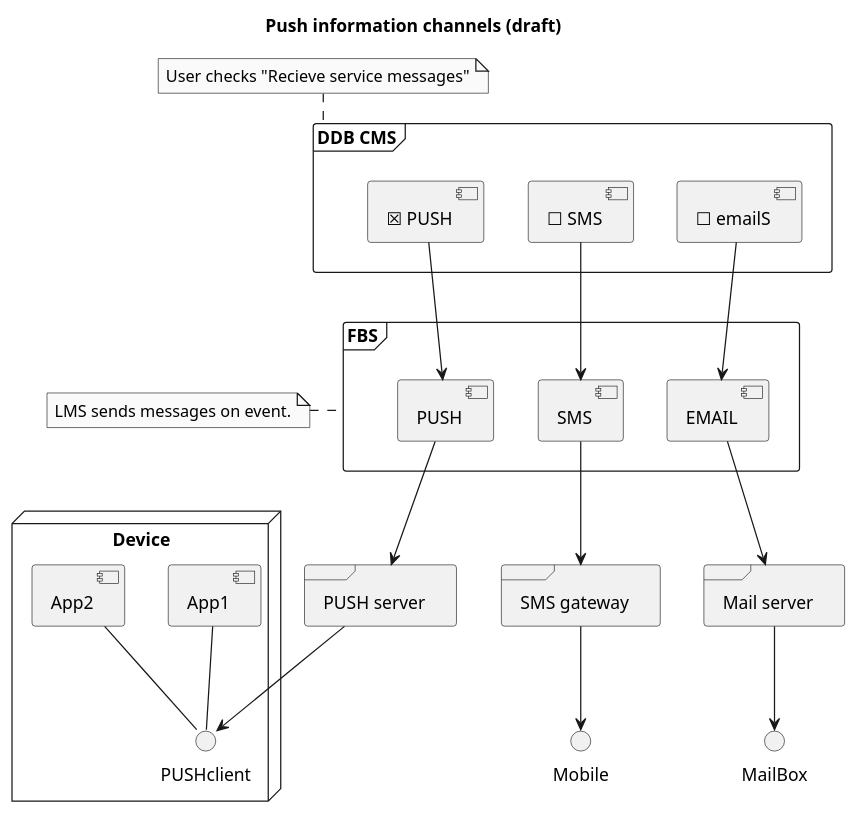
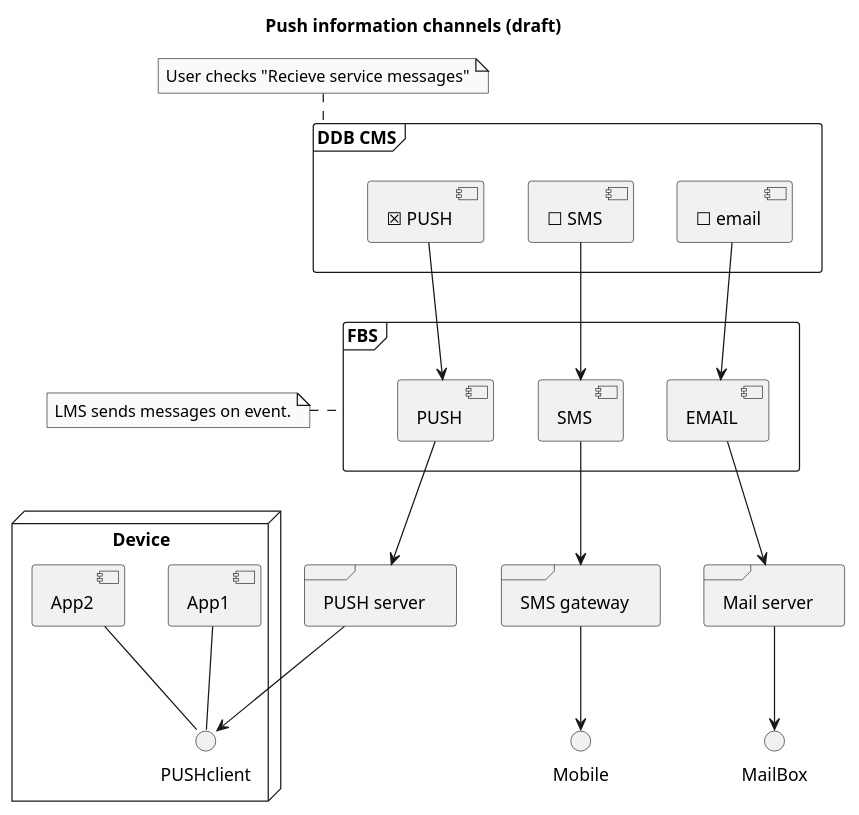
One commit to danskernesdigitalebibliotek/plantuml changed the diagram in docs/listServices/pushInformationChannels.puml. Above: the diagram before and after it, drawn with PlantUML.

```diff
--- a/docs/listServices/pushInformationChannels.puml
+++ b/docs/listServices/pushInformationChannels.puml
@@ -1,53 +1,53 @@
 @startuml
 title Push information channels (draft)
 
 ' Removing color and border from cards
 skinparam monochrome true
 
 ' Participants
 
 frame FBS as "FBS" {
 	[SMS]
 	[EMAIL]
 	[PUSH]
   }
 
 frame DDBCMS as "DDB CMS" {
 	[SMSx] as "&#9744; SMS"
-	[EMAILx] as "&#9744; emailS"
+	[EMAILx] as "&#9744; email"
 	[PUSHx] as "&#9746; PUSH"
   }
 
+note top of DDBCMS: User checks "Recieve service messages"
 note left of FBS: LMS sends messages on event.
-note top of DDBCMS: User checks "Recieve service messages"
 
 
 frame PUSHserver as "PUSH server" {
 }
 
 frame SMSgateway as "SMS gateway" {
 }
 
 frame MAILserver as "Mail server" {
 }
 
 SMSx --> SMS
 EMAILx --> EMAIL
 PUSHx --> PUSH
 
 PUSH --> PUSHserver
 SMS --> SMSgateway
 EMAIL --> MAILserver
 
 
 SMSgateway --> Mobile
 MAILserver --> MailBox
 
 
 node "Device" {
   PUSHserver --> PUSHclient
   [App1] -- PUSHclient
   [App2] -- PUSHclient
 } 
 
 @enduml
```
